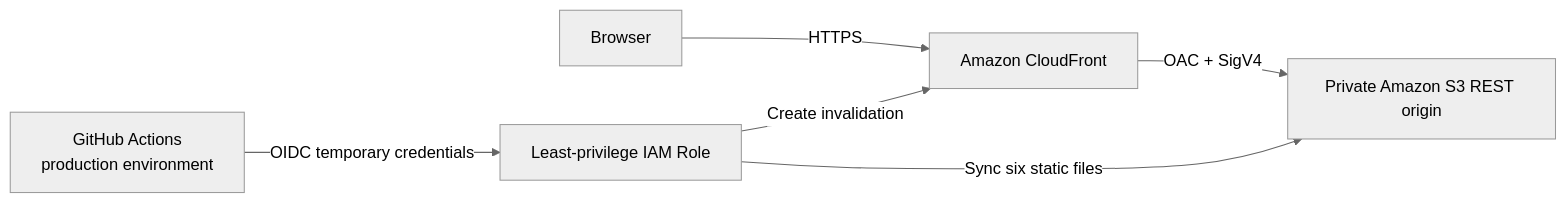
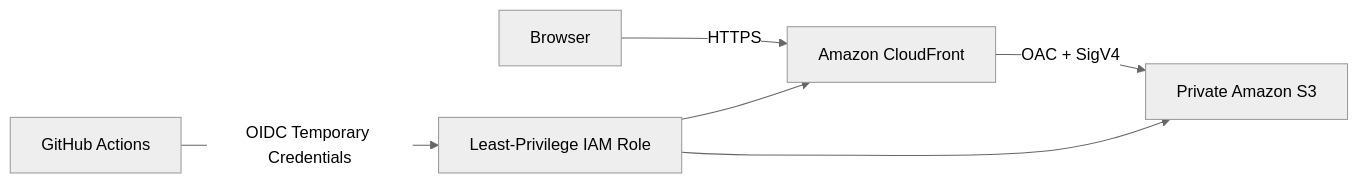
Before and after one commit to dbtjddn10-oss/dc-ops-simulator: the second of 2 diagrams in README.md, drawn with Mermaid (neutral theme). The commit also changed other lines of this file and 2 other files, not shown here.

````diff
--- a/README.md
+++ b/README.md
@@ -104,8 +507,15 @@
 ```mermaid
 flowchart LR
-    Browser["Browser"] -->|HTTPS| CloudFront["Amazon CloudFront"]
-    CloudFront -->|"OAC + SigV4"| S3["Private Amazon S3 REST origin"]
-    Actions["GitHub Actions<br/>production environment"] -->|"OIDC temporary credentials"| Role["Least-privilege IAM Role"]
-    Role -->|"Sync six static files"| S3
-    Role -->|"Create invalidation"| CloudFront
+
+    Browser["Browser"]
+        -->|"HTTPS"| CloudFront["Amazon CloudFront"]
+
+    CloudFront
+        -->|"OAC + SigV4"| S3["Private Amazon S3"]
+
+    Actions["GitHub Actions"]
+        -->|"OIDC Temporary Credentials"| Role["Least-Privilege IAM Role"]
+
+    Role --> S3
+    Role --> CloudFront
 ```
````
